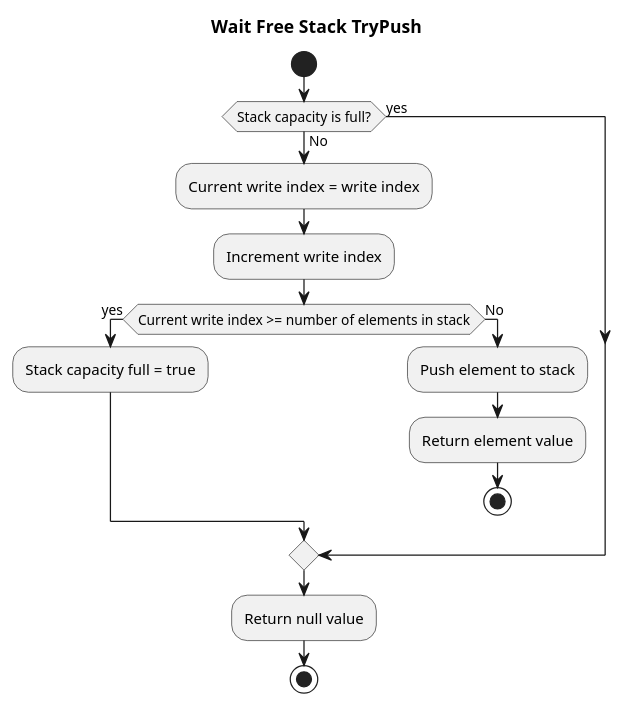
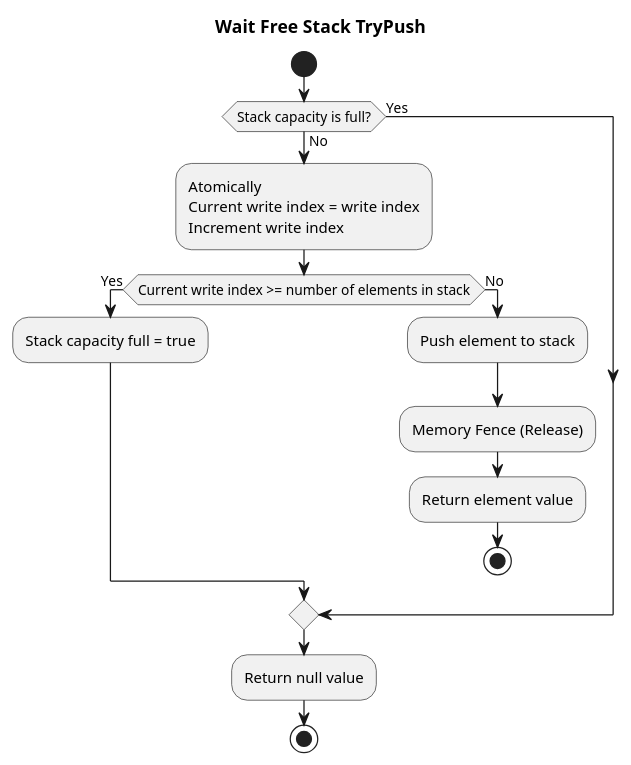
The diagram in design/wait_free_stack_trypush.puml (eclipse-score/inc_mw_log), drawn with PlantUML before and after one commit. The commit also changed 2 other files, not shown here.

Commit message:
Fixed diagrams
 - `design/wait_free_stack_trypush.puml`
 - `design/verbose_logging_static.puml`
 - `design/verbose_logging_ara_log_interaction.puml`

```diff
--- a/design/wait_free_stack_trypush.puml
+++ b/design/wait_free_stack_trypush.puml
@@ -1,18 +1,20 @@
-@startuml
+@startuml wait_free_stack_trypush
 title Wait Free Stack TryPush
 start
-if (Stack capacity is full?) then (yes)
+if (Stack capacity is full?) then (Yes)
 else (No)
-    :Current write index = write index;
-    :Increment write index;
-    if (Current write index >= number of elements in stack) then (yes)
+    :Atomically
+    Current write index = write index
+    Increment write index;
+    if (Current write index >= number of elements in stack) then (Yes)
         :Stack capacity full = true;
     else (No)
     :Push element to stack;
+    :Memory Fence (Release);
     :Return element value;
     stop
     endif
 endif
     :Return null value;
 stop
 @enduml
```
